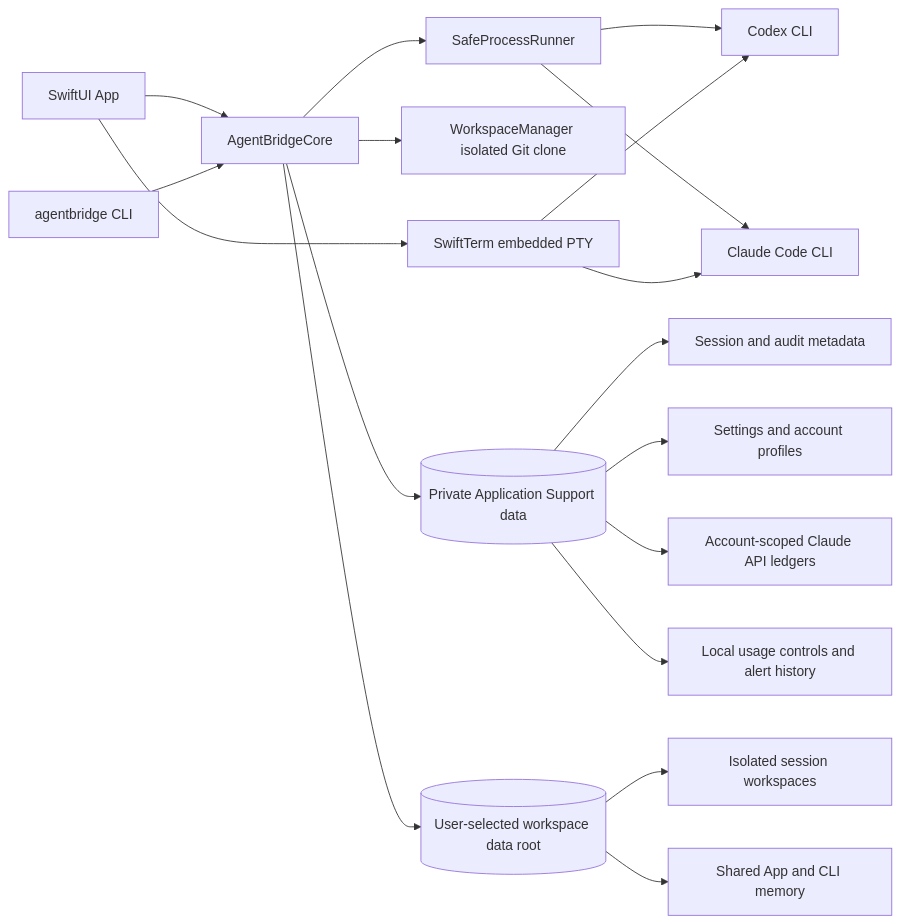
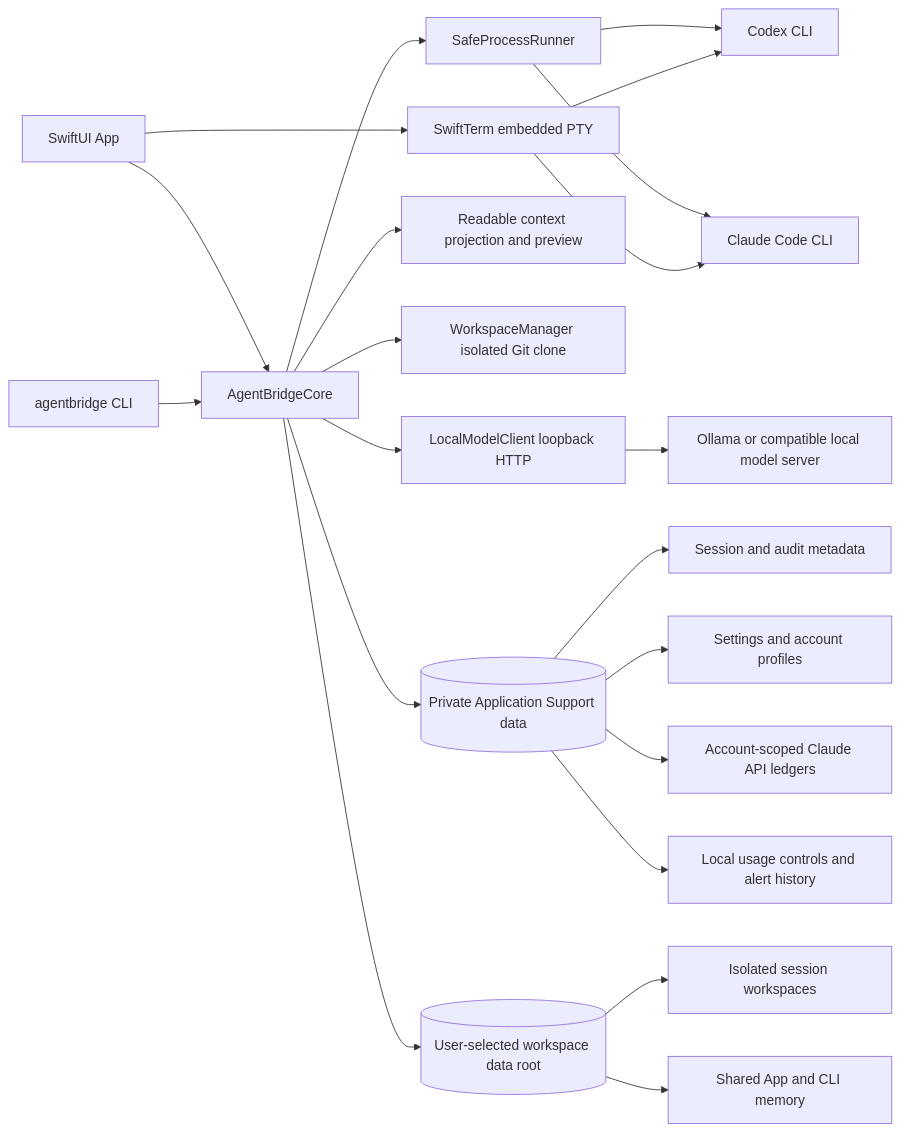
The diagram in ARCHITECTURE.md (rudinyu/AgentBridge), drawn with Mermaid before and after one commit. The commit also changed other lines of this file and 43 other files, not shown here.

First line of the commit message:
feat: add local models and readable context compression

````diff
--- a/ARCHITECTURE.md
+++ b/ARCHITECTURE.md
@@ -5,20 +5,23 @@
 ```mermaid
 flowchart LR
     App[SwiftUI App] --> Core[AgentBridgeCore]
     CLI[agentbridge CLI] --> Core
     Core --> Runner[SafeProcessRunner]
     Runner --> Codex[Codex CLI]
     Runner --> Claude[Claude Code CLI]
+    Core --> LocalHTTP[LocalModelClient loopback HTTP]
+    LocalHTTP --> LocalServer[Ollama or compatible local model server]
+    Core --> Compression[Readable context projection and preview]
     Core --> Git[WorkspaceManager isolated Git clone]
     Core --> PrivateData[(Private Application Support data)]
     PrivateData --> Sessions[Session and audit metadata]
     PrivateData --> Settings[Settings and account profiles]
     PrivateData --> Ledger[Account-scoped Claude API ledgers]
     PrivateData --> Usage[Local usage controls and alert history]
     Core --> UserRoot[(User-selected workspace data root)]
     UserRoot --> Workspaces[Isolated session workspaces]
     UserRoot --> Memory[Shared App and CLI memory]
     App --> Terminal[SwiftTerm embedded PTY]
     Terminal --> Codex
     Terminal --> Claude
 ```
````
